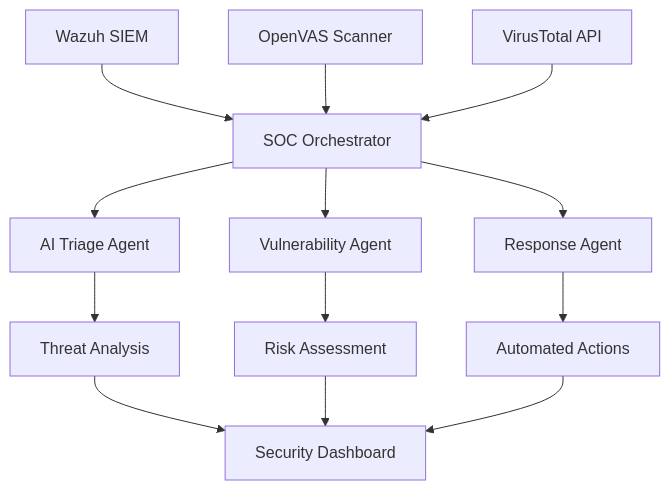
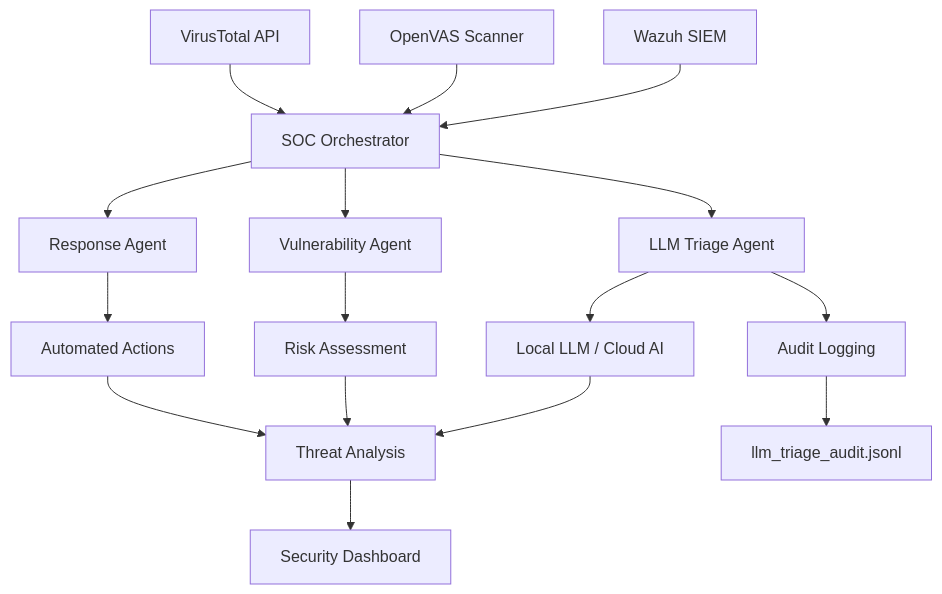
The diagram in README.md (eminemahjoub/Cyber-SOC-Auto-Responder), drawn with Mermaid before and after one commit. The commit also changed other lines of this file and 13 other files, not shown here.

First line of the commit message:
🤖 Add Local LLM Triage Integration

````diff
--- a/README.md
+++ b/README.md
@@ -106,18 +144,22 @@
 ```mermaid
 graph TB
     A[Wazuh SIEM] --> D[SOC Orchestrator]
     B[OpenVAS Scanner] --> D
     C[VirusTotal API] --> D
     
-    D --> E[AI Triage Agent]
+    D --> E[LLM Triage Agent]
     D --> F[Vulnerability Agent]
     D --> G[Response Agent]
     
-    E --> H[Threat Analysis]
-    F --> I[Risk Assessment]
-    G --> J[Automated Actions]
+    E --> H[Local LLM / Cloud AI]
+    E --> I[Audit Logging]
+    F --> J[Risk Assessment]
+    G --> K[Automated Actions]
     
-    H --> K[Security Dashboard]
-    I --> K
-    J --> K
+    H --> L[Threat Analysis]
+    I --> M[llm_triage_audit.jsonl]
+    J --> L
+    K --> L
+    
+    L --> N[Security Dashboard]
 ```
````
